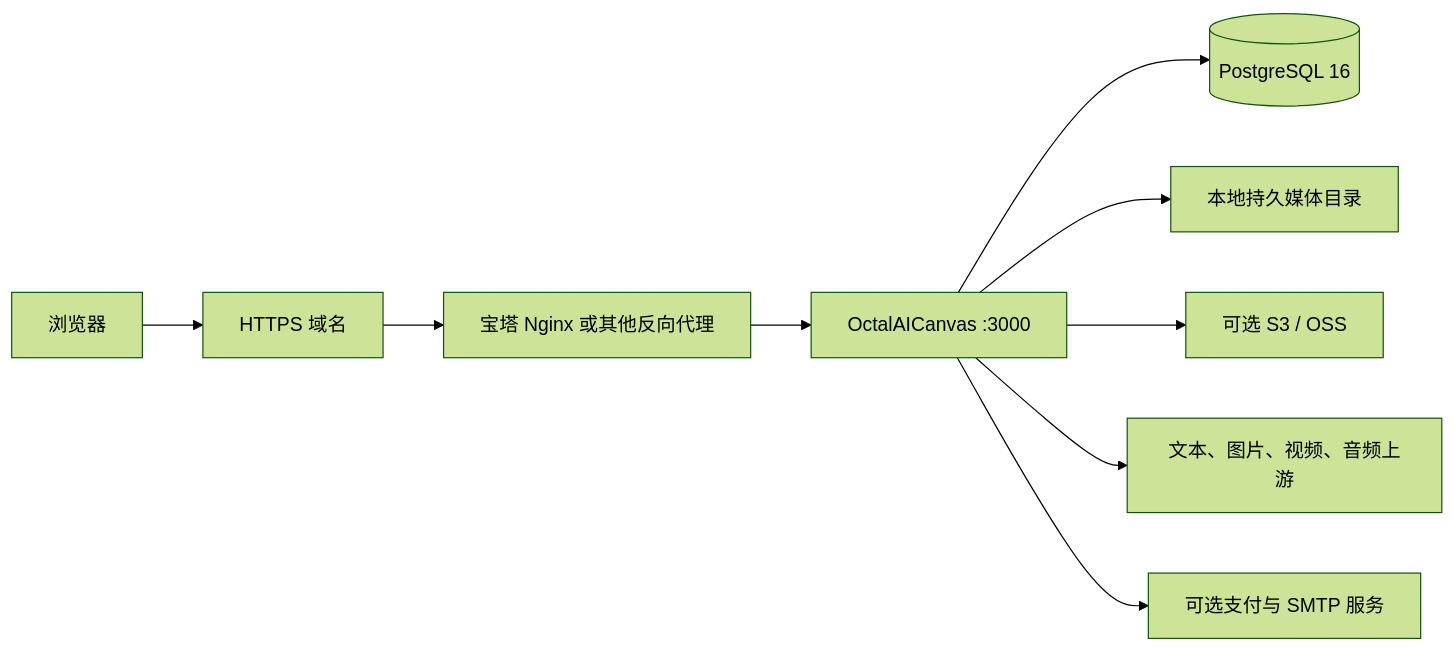
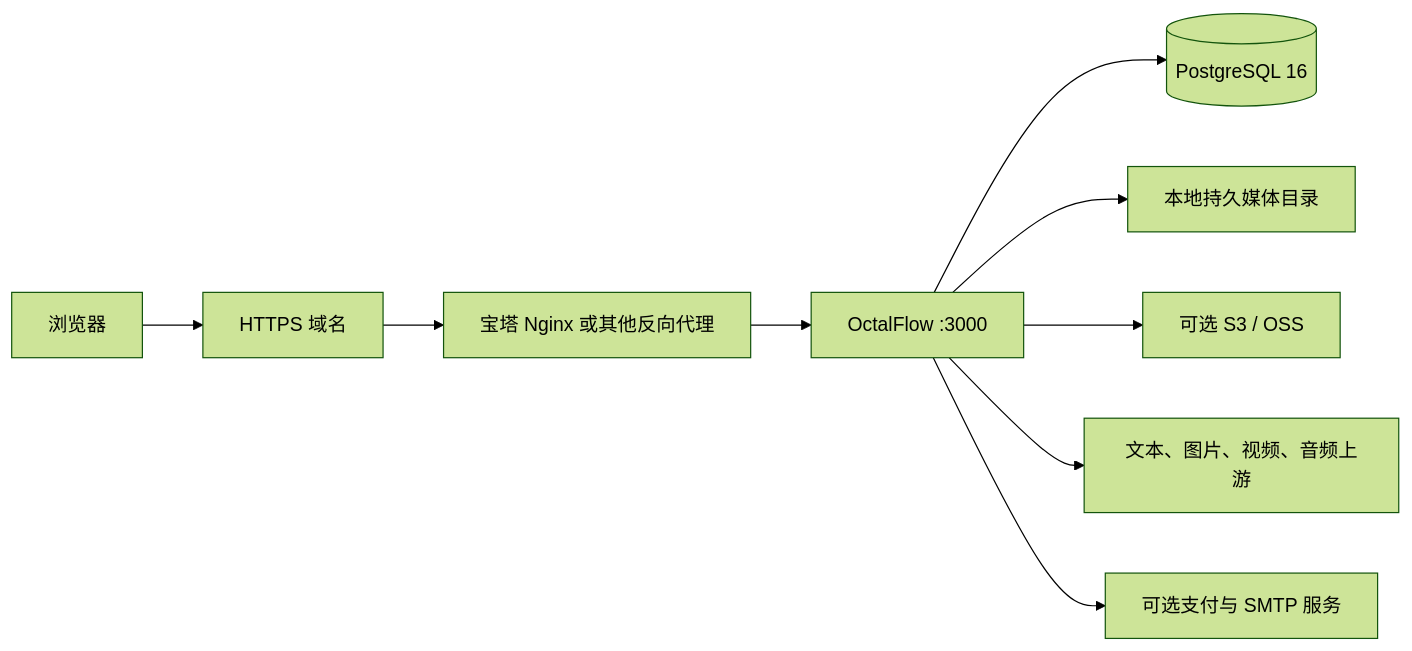
Before and after one commit to dreamwho/OctalFlow: the fifth of 6 diagrams in docs/content/docs/overview/project-structure.mdx, drawn with Mermaid (forest theme). The commit also changed other lines of this file and 110 other files, not shown here.

Commit message:
chore: initialize OctalFlow repository

````diff
--- a/docs/content/docs/overview/project-structure.mdx
+++ b/docs/content/docs/overview/project-structure.mdx
@@ -192,11 +192,11 @@
 ```mermaid
 flowchart LR
     USER["浏览器"] --> HTTPS["HTTPS 域名"]
     HTTPS --> NGINX["宝塔 Nginx 或其他反向代理"]
-    NGINX --> APP["OctalAICanvas :3000"]
+    NGINX --> APP["OctalFlow :3000"]
     APP --> PG[("PostgreSQL 16")]
     APP --> LOCAL["本地持久媒体目录"]
     APP --> OSS["可选 S3 / OSS"]
     APP --> AI["文本、图片、视频、音频上游"]
     APP --> PAY["可选支付与 SMTP 服务"]
 ```
````
